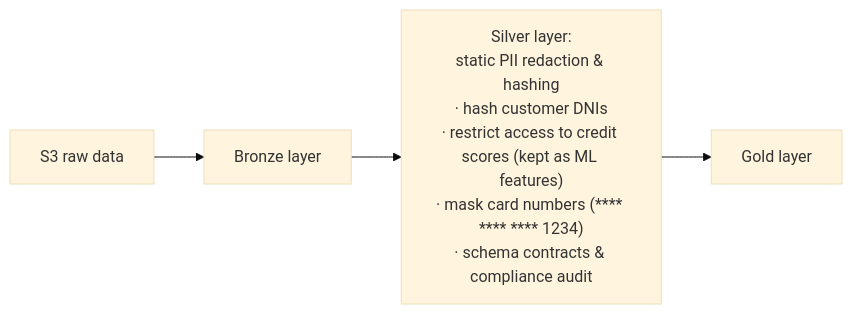
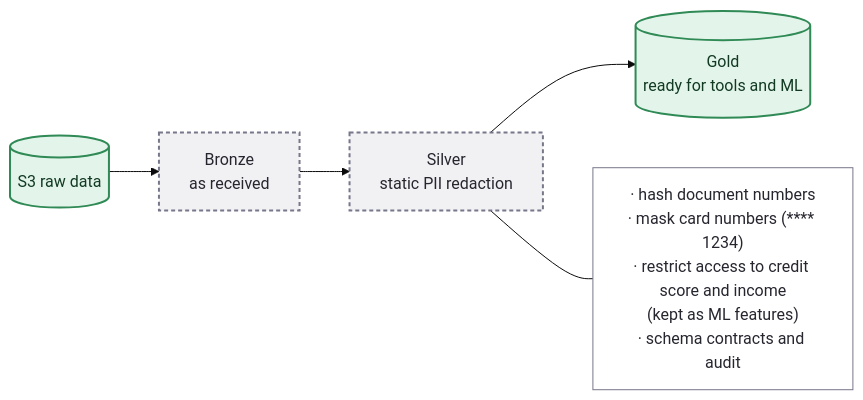
The first of 5 diagrams in docs/build/architecture-roadmap.md (rdorta27/factored-hackathon-2026-sentinel-engine), drawn with Mermaid (base theme) before and after one commit. The commit also changed other lines of this file and 1 other file, not shown here.

First line of the commit message:
docs: redraw the architecture and roadmap diagrams with one visual language

````diff
--- a/docs/build/architecture-roadmap.md
+++ b/docs/build/architecture-roadmap.md
@@ -23,6 +23,14 @@
 ```mermaid
 flowchart LR
-    raw["S3 raw data"] --> bronze["Bronze layer"]
-    bronze --> silver["Silver layer:<br/>static PII redaction & hashing<br/>· hash customer DNIs<br/>· restrict access to credit scores (kept as ML features)<br/>· mask card numbers (**** **** **** 1234)<br/>· schema contracts & compliance audit"]
-    silver --> gold["Gold layer"]
+    raw[("S3 raw data")] --> bronze["Bronze<br/>as received"] --> silver["Silver<br/>static PII redaction"] --> gold[("Gold<br/>ready for tools and ML")]
+    silver --- rules["· hash document numbers<br/>· mask card numbers (**** 1234)<br/>· restrict access to credit score and income<br/>(kept as ML features)<br/>· schema contracts and audit"]
+
+    classDef real fill:#dde3ff,stroke:#5b4fd6,stroke-width:2px,color:#1b1640
+    classDef mock fill:#ffe9c7,stroke:#c77d12,stroke-width:2px,stroke-dasharray:6 4,color:#3a2a00
+    classDef store fill:#e3f4ea,stroke:#2f8a55,stroke-width:2px,color:#123a22
+    classDef proposed fill:#f1f1f4,stroke:#77778a,stroke-width:2px,stroke-dasharray:4 3,color:#26262f
+    classDef ext fill:#ffffff,stroke:#77778a,stroke-width:1px,color:#26262f
+    class raw,gold store
+    class bronze,silver proposed
+    class rules ext
 ```
````
